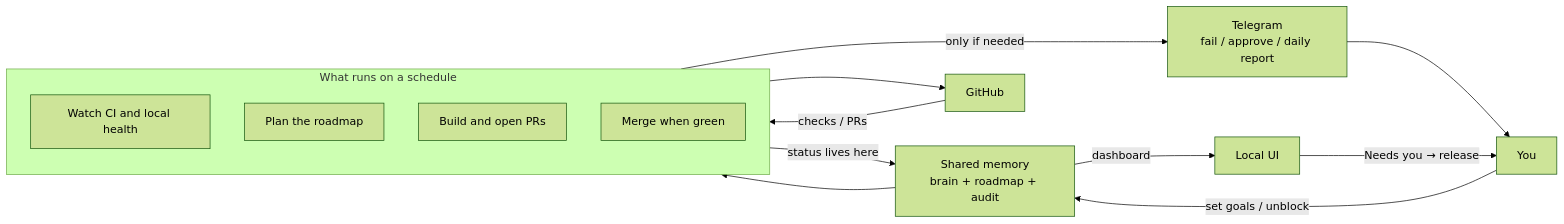
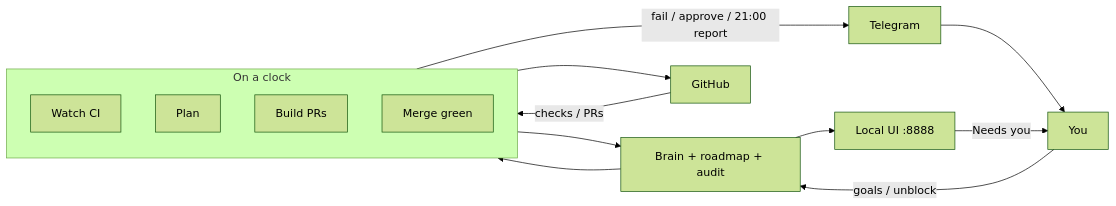
One commit to jtk4545/hermes-ops-kit changed the diagram in README.md. Above: the diagram before and after it, drawn with Mermaid (forest theme). The commit also changed other lines of this file and 45 other files, not shown here.

````diff
--- a/README.md
+++ b/README.md
@@ -35,19 +71,18 @@
 ```mermaid
 flowchart LR
-  You[You] -->|"set goals / unblock"| Memory["Shared memory\nbrain + roadmap + audit"]
+  You[You] -->|goals / unblock| Memory["Brain + roadmap + audit"]
   Memory --> Loop
-  subgraph Loop [What runs on a schedule]
-    direction TB
-    Watch[Watch CI and local health]
-    Plan[Plan the roadmap]
-    Build[Build and open PRs]
-    Merge[Merge when green]
+  subgraph Loop [On a clock]
+    Watch[Watch CI]
+    Plan[Plan]
+    Build[Build PRs]
+    Merge[Merge green]
   end
   Loop --> GitHub[GitHub]
-  GitHub -->|"checks / PRs"| Loop
-  Loop -->|"status lives here"| Memory
-  Memory -->|"dashboard"| UI[Local UI]
-  Loop -->|"only if needed"| Ping["Telegram\nfail / approve / daily report"]
+  GitHub -->|checks / PRs| Loop
+  Loop --> Memory
+  Memory --> UI[Local UI :8888]
+  Loop -->|fail / approve / 21:00 report| Ping[Telegram]
   Ping --> You
-  UI -->|"Needs you → release"| You
+  UI -->|Needs you| You
 ```
````
